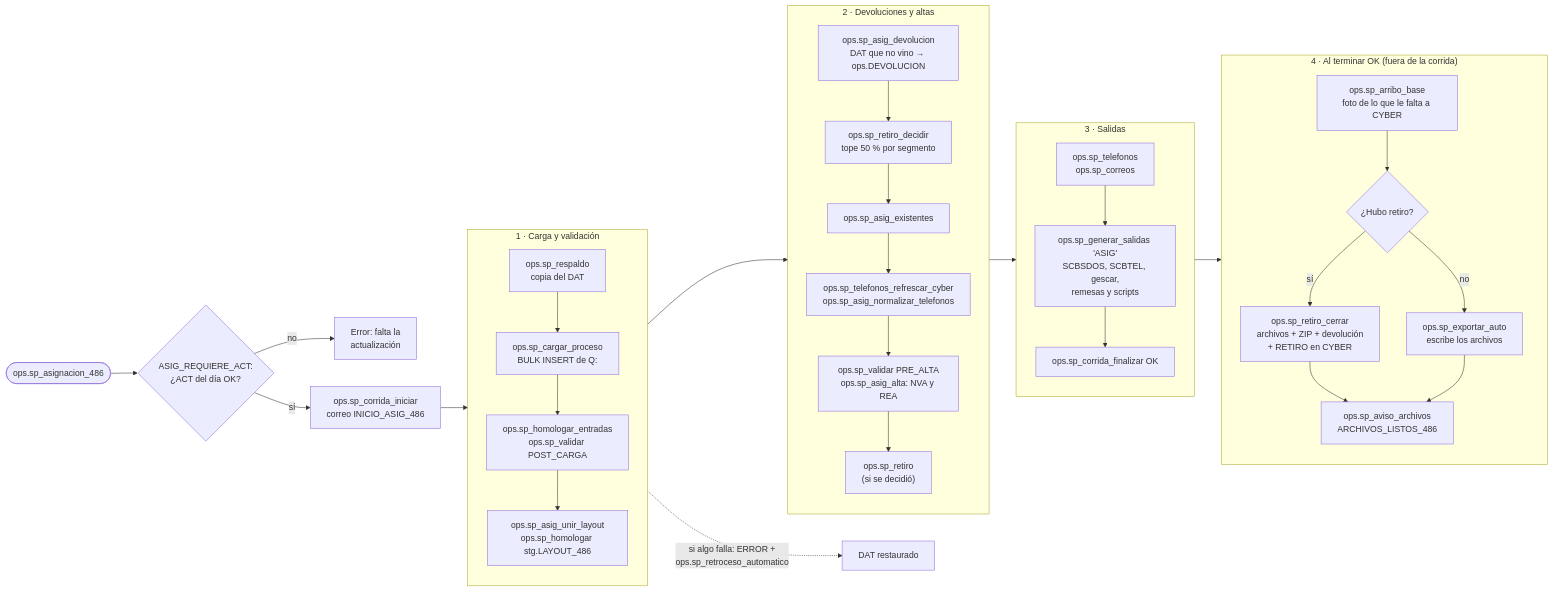
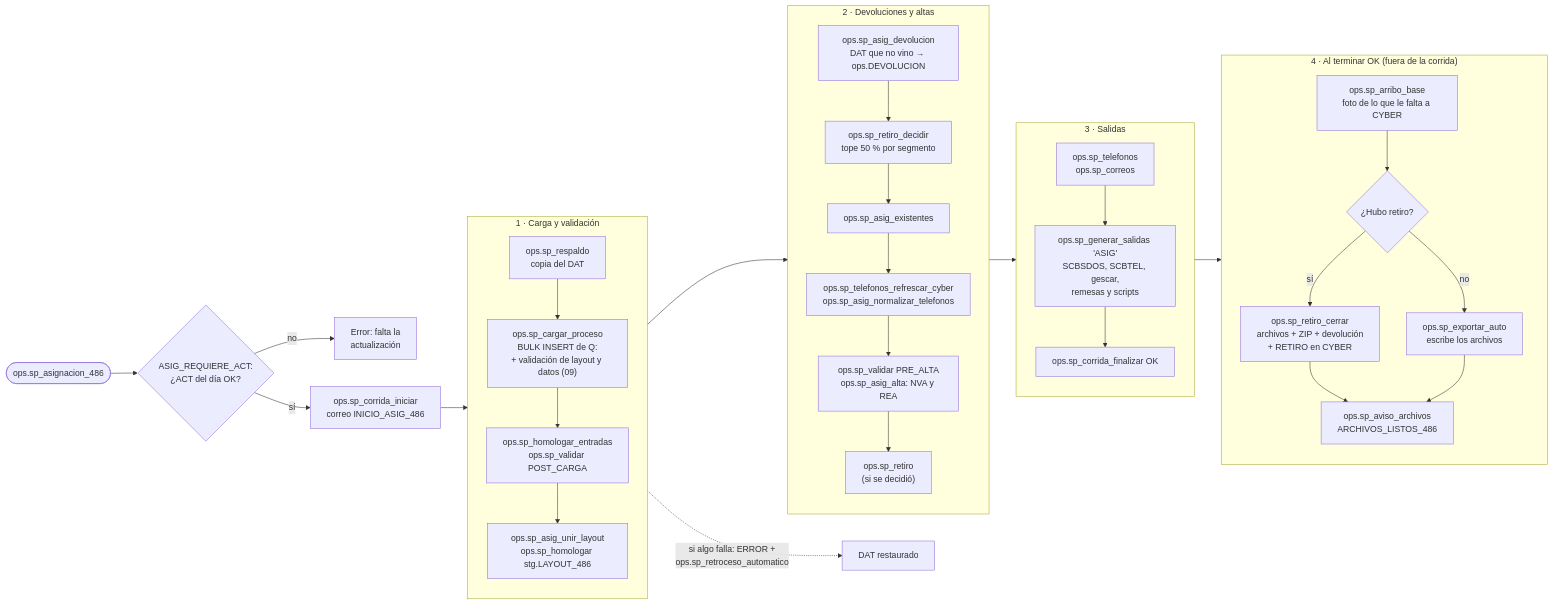
One commit to 0marMF/Banbaj changed the diagram in docs/flujo/mmd/03_asignacion.mmd. Above: the diagram before and after it, drawn with Mermaid. The commit also changed 7 other files, not shown here.

First line of the commit message:
mail.sp_enviar: valores largos (tablas HTML) ya no truncan el asunto; diagrama 09

```diff
--- a/docs/flujo/mmd/03_asignacion.mmd
+++ b/docs/flujo/mmd/03_asignacion.mmd
@@ -1,36 +1,36 @@
 flowchart LR
     S(["ops.sp_asignacion_486"]) --> S0{"ASIG_REQUIERE_ACT:<br/>¿ACT del día OK?"}
     S0 -- no --> SX["Error: falta la<br/>actualización"]
     S0 -- sí --> S1["ops.sp_corrida_iniciar<br/>correo INICIO_ASIG_486"]
     subgraph F1["1 · Carga y validación"]
         direction TB
-        A1["ops.sp_respaldo<br/>copia del DAT"] --> A2["ops.sp_cargar_proceso<br/>BULK INSERT de Q:"]
+        A1["ops.sp_respaldo<br/>copia del DAT"] --> A2["ops.sp_cargar_proceso<br/>BULK INSERT de Q:<br/>+ validación de layout y datos (09)"]
         A2 --> A3["ops.sp_homologar_entradas<br/>ops.sp_validar POST_CARGA"]
         A3 --> A4["ops.sp_asig_unir_layout<br/>ops.sp_homologar stg.LAYOUT_486"]
     end
     subgraph F2["2 · Devoluciones y altas"]
         direction TB
         A5["ops.sp_asig_devolucion<br/>DAT que no vino → ops.DEVOLUCION"] --> A6["ops.sp_retiro_decidir<br/>tope 50 % por segmento"]
         A6 --> A7["ops.sp_asig_existentes"]
         A7 --> A8["ops.sp_telefonos_refrescar_cyber<br/>ops.sp_asig_normalizar_telefonos"]
         A8 --> A9["ops.sp_validar PRE_ALTA<br/>ops.sp_asig_alta: NVA y REA"]
         A9 --> A10["ops.sp_retiro<br/>(si se decidió)"]
     end
     subgraph F3["3 · Salidas"]
         direction TB
         A11["ops.sp_telefonos<br/>ops.sp_correos"] --> A12["ops.sp_generar_salidas 'ASIG'<br/>SCBSDOS, SCBTEL, gescar,<br/>remesas y scripts"]
         A12 --> A13["ops.sp_corrida_finalizar OK"]
     end
     subgraph F4["4 · Al terminar OK (fuera de la corrida)"]
         direction TB
         P1["ops.sp_arribo_base<br/>foto de lo que le falta a CYBER"] --> P2{"¿Hubo retiro?"}
         P2 -- sí --> P3["ops.sp_retiro_cerrar<br/>archivos + ZIP + devolución<br/>+ RETIRO en CYBER"]
         P2 -- no --> P4["ops.sp_exportar_auto<br/>escribe los archivos"]
         P3 --> P5["ops.sp_aviso_archivos<br/>ARCHIVOS_LISTOS_486"]
         P4 --> P5
     end
     S1 --> A1
     A4 --> A5
     A10 --> A11
     A13 --> P1
     F1 -. "si algo falla: ERROR +<br/>ops.sp_retroceso_automatico" .-> R["DAT restaurado"]
```
